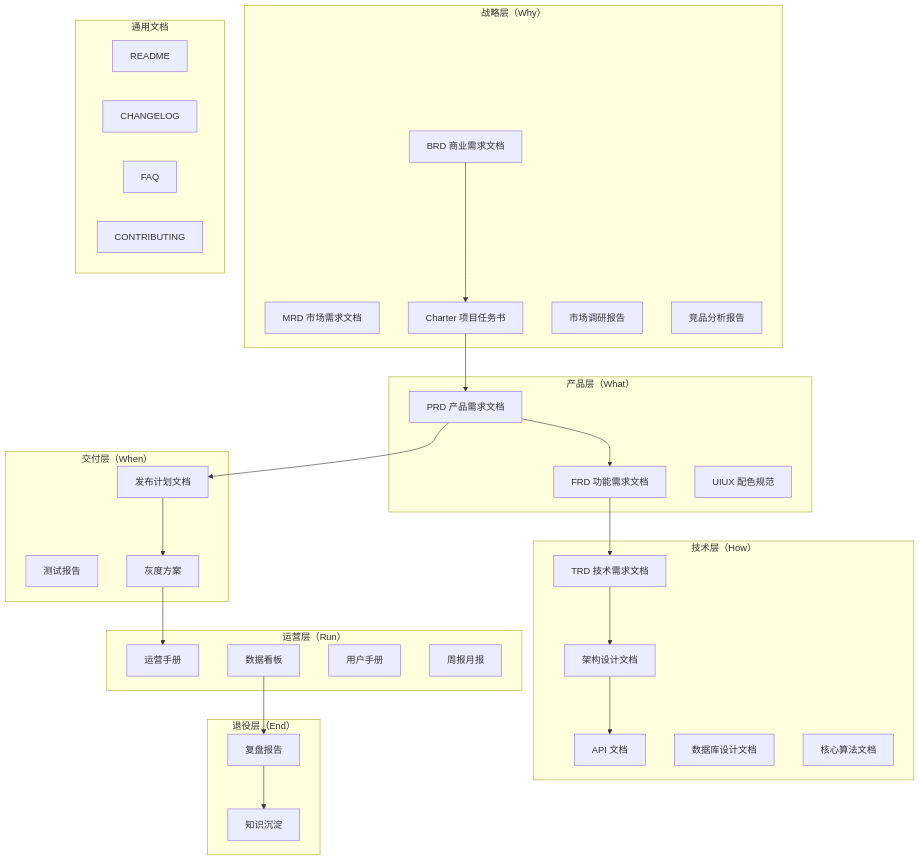
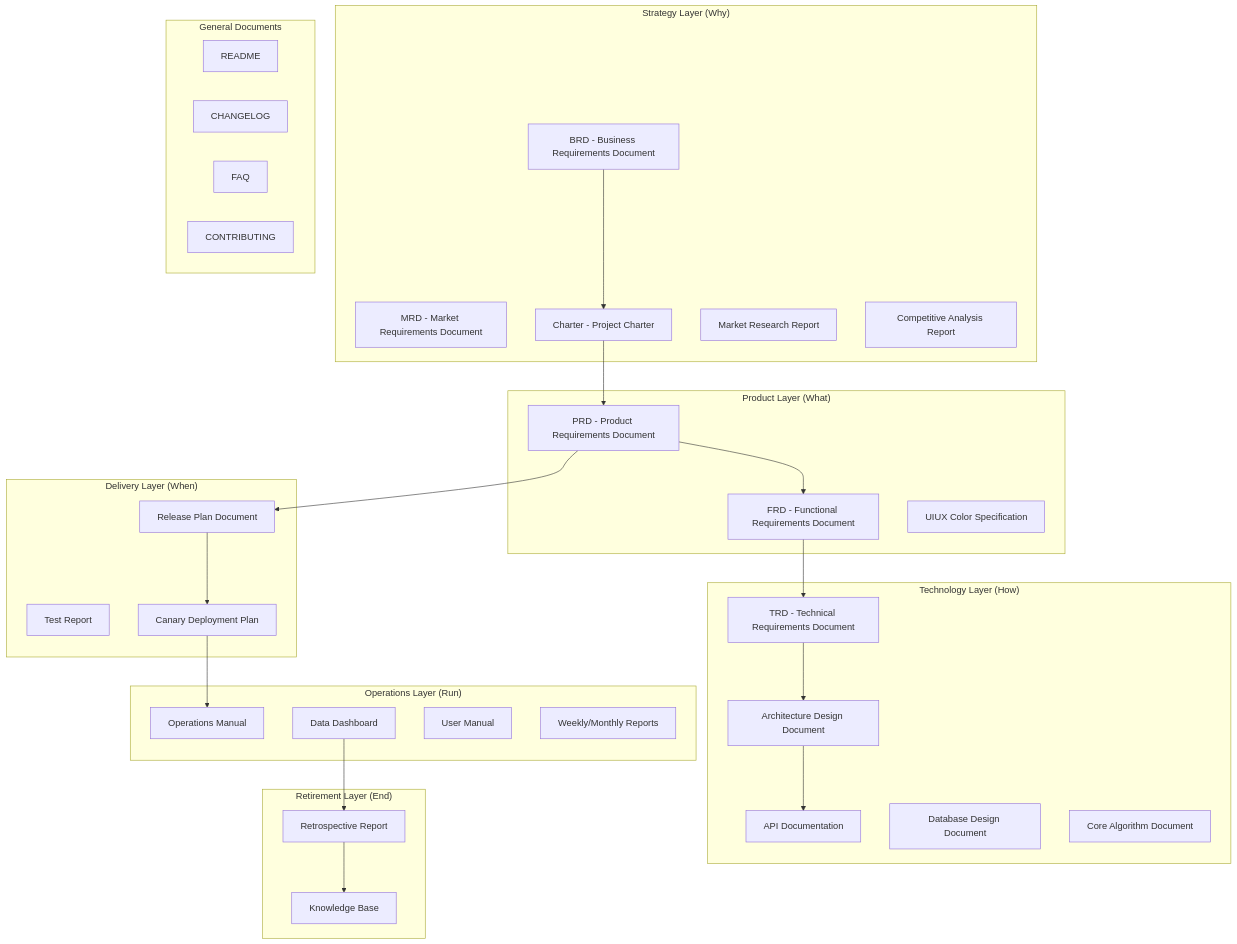
The diagram in references/templates-index.md (Kirky-X/cangjie), drawn with Mermaid before and after one commit. The commit also changed other lines of this file and 60 other files, not shown here.

````diff
--- a/references/templates-index.md
+++ b/references/templates-index.md
@@ -9,46 +9,46 @@
 ```mermaid
 flowchart TD
-    subgraph 战略层["战略层（Why）"]
-        A1[BRD 商业需求文档]
-        A2[MRD 市场需求文档]
-        A3[Charter 项目任务书]
-        A4[市场调研报告]
-        A5[竞品分析报告]
+    subgraph Strategy["Strategy Layer (Why)"]
+        A1[BRD - Business Requirements Document]
+        A2[MRD - Market Requirements Document]
+        A3[Charter - Project Charter]
+        A4[Market Research Report]
+        A5[Competitive Analysis Report]
     end
-    subgraph 产品层["产品层（What）"]
-        B1[PRD 产品需求文档]
-        B2[FRD 功能需求文档]
-        B3[UIUX 配色规范]
+    subgraph Product["Product Layer (What)"]
+        B1[PRD - Product Requirements Document]
+        B2[FRD - Functional Requirements Document]
+        B3[UIUX Color Specification]
     end
-    subgraph 技术层["技术层（How）"]
-        C1[TRD 技术需求文档]
-        C2[架构设计文档]
-        C3[API 文档]
-        C4[数据库设计文档]
-        C5[核心算法文档]
+    subgraph Tech["Technology Layer (How)"]
+        C1[TRD - Technical Requirements Document]
+        C2[Architecture Design Document]
+        C3[API Documentation]
+        C4[Database Design Document]
+        C5[Core Algorithm Document]
     end
-    subgraph 交付层["交付层（When）"]
-        D1[发布计划文档]
-        D2[测试报告]
-        D3[灰度方案]
+    subgraph Delivery["Delivery Layer (When)"]
+        D1[Release Plan Document]
+        D2[Test Report]
+        D3[Canary Deployment Plan]
     end
-    subgraph 运营层["运营层（Run）"]
-        E1[运营手册]
-        E2[数据看板]
-        E3[用户手册]
-        E4[周报月报]
+    subgraph Ops["Operations Layer (Run)"]
+        E1[Operations Manual]
+        E2[Data Dashboard]
+        E3[User Manual]
+        E4[Weekly/Monthly Reports]
     end
-    subgraph 退役层["退役层（End）"]
-        F1[复盘报告]
-        F2[知识沉淀]
+    subgraph Retire["Retirement Layer (End)"]
+        F1[Retrospective Report]
+        F2[Knowledge Base]
     end
-    subgraph 通用["通用文档"]
+    subgraph General["General Documents"]
         G1[README]
         G2[CHANGELOG]
         G3[FAQ]
         G4[CONTRIBUTING]
     end
     A1 --> A3 --> B1 --> B2 --> C1 --> C2 --> C3
     B1 --> D1 --> D3 --> E1
     E2 --> F1 --> F2
 ```
````
